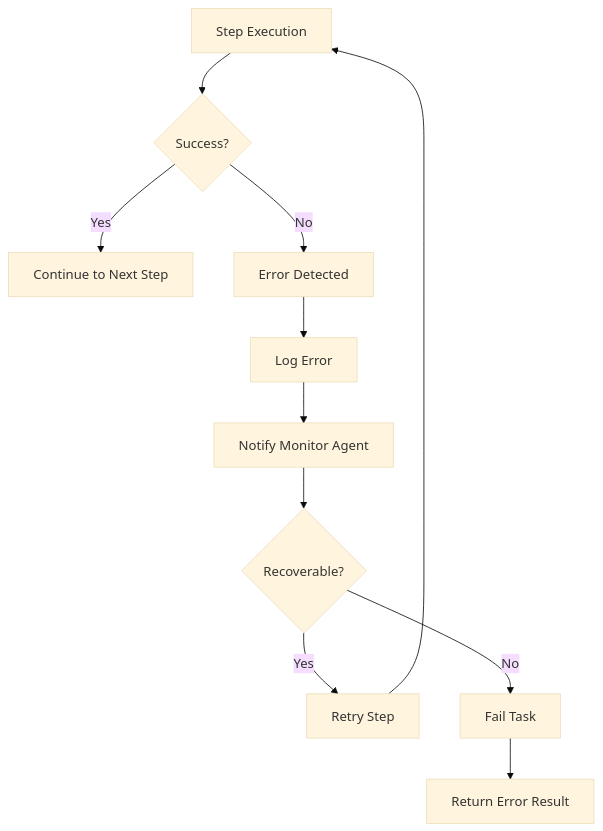
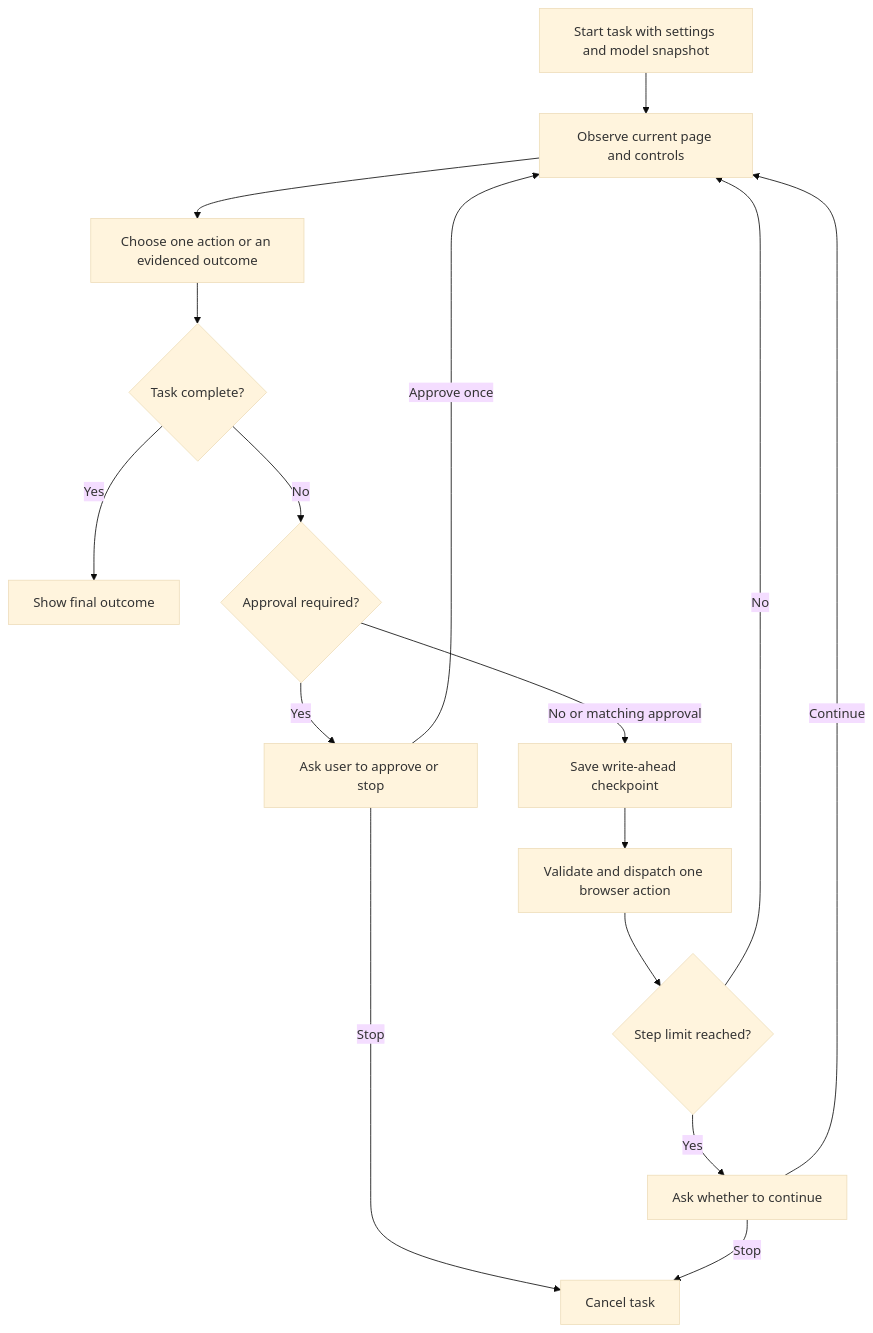
One commit to kwesinavilot/delight changed the diagram in docs/agent-workflow.md. Above: the diagram before and after it, drawn with Mermaid (base theme). The commit also changed other lines of this file and 28 other files, not shown here.

First line of the commit message:
feat: implement action approval mechanism for sensitive actions

````diff
--- a/docs/agent-workflow.md
+++ b/docs/agent-workflow.md
@@ -191,13 +53,18 @@
 ```mermaid
 flowchart TD
-    A[Step Execution] --> B{Success?}
-    B -->|Yes| C[Continue to Next Step]
-    B -->|No| D[Error Detected]
-    D --> E[Log Error]
-    E --> F[Notify Monitor Agent]
-    F --> G{Recoverable?}
-    G -->|Yes| H[Retry Step]
-    G -->|No| I[Fail Task]
-    H --> A
-    I --> J[Return Error Result]
+    Start[Start task with settings and model snapshot] --> Observe[Observe current page and controls]
+    Observe --> Decide[Choose one action or an evidenced outcome]
+    Decide --> Done{Task complete?}
+    Done -->|Yes| Result[Show final outcome]
+    Done -->|No| Sensitive{Approval required?}
+    Sensitive -->|Yes| Approval[Ask user to approve or stop]
+    Approval -->|Approve once| Observe
+    Approval -->|Stop| Cancel[Cancel task]
+    Sensitive -->|No or matching approval| Checkpoint[Save write-ahead checkpoint]
+    Checkpoint --> Act[Validate and dispatch one browser action]
+    Act --> Limit{Step limit reached?}
+    Limit -->|No| Observe
+    Limit -->|Yes| Continue[Ask whether to continue]
+    Continue -->|Continue| Observe
+    Continue -->|Stop| Cancel
 ```
````
